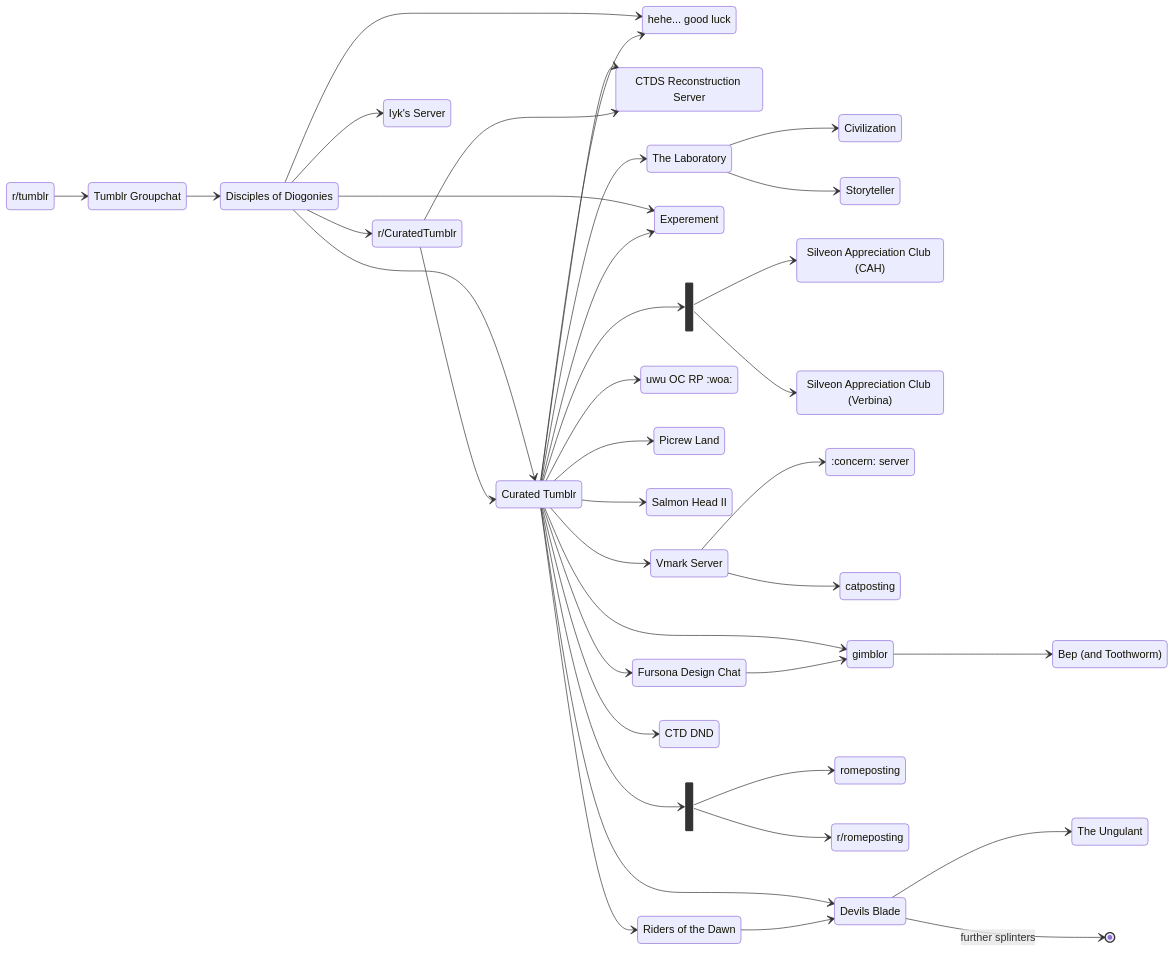
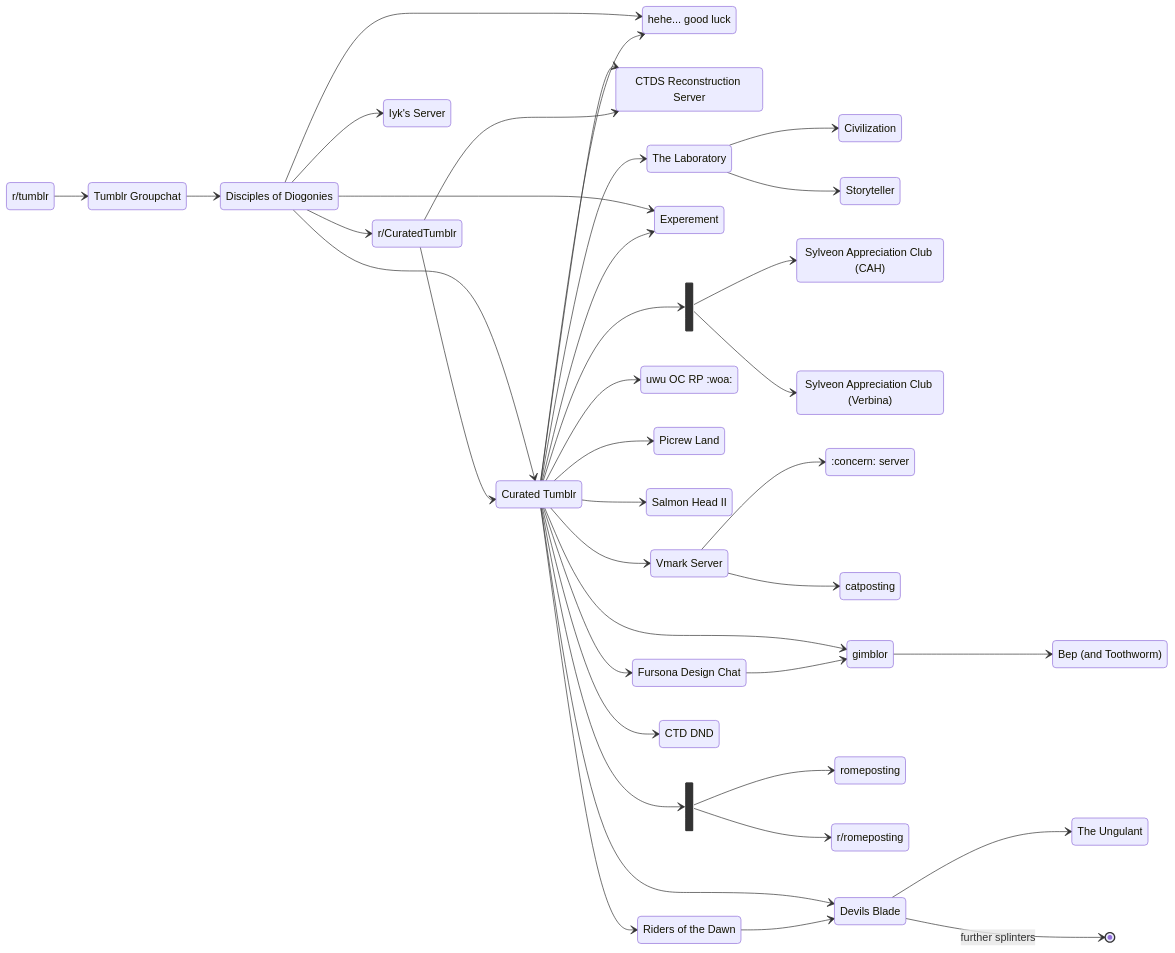
Before and after one commit to AnGenericAccount/CTDSphere-Map: the diagram in Map.md, drawn with Mermaid.

````diff
--- a/Map.md
+++ b/Map.md
@@ -1,64 +1,64 @@
 ```mermaid
 stateDiagram-v2
     direction LR
     state "Tumblr Groupchat" as groupchat
     state "r/tumblr" as tumblr
     tumblr --> groupchat
     state "Disciples of Diogonies" as DoD
     groupchat --> DoD
     DoD --> r/CuratedTumblr
     state "Curated Tumblr" as CTDS
     DoD --> CTDS
     r/CuratedTumblr --> CTDS
     state "Iyk's Server" as Iyk
     DoD --> Iyk
     state "hehe... good luck" as luck
     DoD --> luck
     CTDS --> luck
     state "CTDS Reconstruction Server" as reconstruction
     CTDS --> reconstruction
     r/CuratedTumblr --> reconstruction
     state "The Laboratory" as lab
     CTDS --> lab
     lab --> Civilization
     lab --> Storyteller
     DoD --> Experement
     CTDS --> Experement
-    state silveon <<fork>>
-    CTDS --> silveon
-    state "Silveon Appreciation Club (CAH)" as CAH
-    silveon --> CAH
-    state "Silveon Appreciation Club (Verbina)" as Verbina
-    silveon --> Verbina
+    state sylveon <<fork>>
+    CTDS --> sylveon
+    state "Sylveon Appreciation Club (CAH)" as CAH
+    sylveon --> CAH
+    state "Sylveon Appreciation Club (Verbina)" as Verbina
+    sylveon --> Verbina
     state "uwu OC RP :woa:" as RP
     CTDS --> RP
     state "Picrew Land" as picrew
     CTDS --> picrew
     state "Salmon Head II" as salmon
     CTDS --> salmon
     state "Vmark Server" as Vmark
     CTDS --> Vmark
     state ":concern: server" as concern
     Vmark --> concern
     Vmark --> catposting
     CTDS --> gimblor
     state "Fursona Design Chat" as fursona
     CTDS --> fursona
     fursona --> gimblor
     state "Bep (and Toothworm)" as bep
     gimblor --> bep
     state rome <<fork>>
     CTDS --> rome
     rome --> romeposting
     rome --> r/romeposting
     state "CTD DND" as DND
     CTDS --> DND
     state "Riders of the Dawn" as dawn
     CTDS --> dawn
     state "Devils Blade" as blade
     CTDS --> blade
     dawn --> blade
     state "The Ungulant" as ungulant
     blade --> ungulant
     blade --> [*]:further splinters
 ```
````
